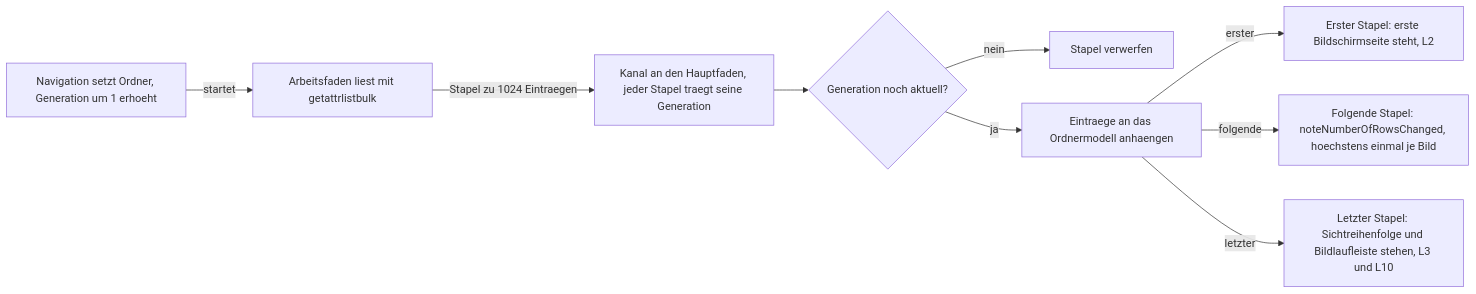
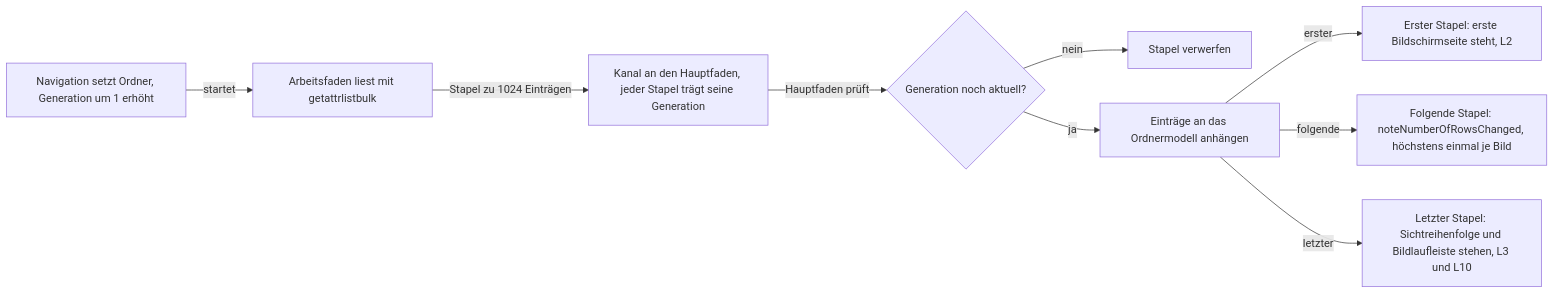
Before and after one commit to tenzoki/krk: the first of 4 diagrams in fusion-workbench/circles/260802-0842-krk-mac-dateimanager-editor-git/planning/260802-1428_o_plan-navigator-geruest-runde-1.md, drawn with Mermaid. The commit also changed other lines of this file and 5 other files, not shown here.

````diff
--- a/fusion-workbench/circles/260802-0842-krk-mac-dateimanager-editor-git/planning/260802-1428_o_plan-navigator-geruest-runde-1.md
+++ b/fusion-workbench/circles/260802-0842-krk-mac-dateimanager-editor-git/planning/260802-1428_o_plan-navigator-geruest-runde-1.md
@@ -77,21 +78,21 @@
 ```mermaid
 flowchart LR
-  NAV["Navigation setzt Ordner, Generation um 1 erhoeht"]
+  NAV["Navigation setzt Ordner, Generation um 1 erhöht"]
   W["Arbeitsfaden liest mit getattrlistbulk"]
-  Q["Kanal an den Hauptfaden, jeder Stapel traegt seine Generation"]
+  Q["Kanal an den Hauptfaden, jeder Stapel trägt seine Generation"]
   GATE{"Generation noch aktuell?"}
   DROP["Stapel verwerfen"]
-  APPEND["Eintraege an das Ordnermodell anhaengen"]
+  APPEND["Einträge an das Ordnermodell anhängen"]
   FIRST["Erster Stapel: erste Bildschirmseite steht, L2"]
-  MORE["Folgende Stapel: noteNumberOfRowsChanged, hoechstens einmal je Bild"]
+  MORE["Folgende Stapel: noteNumberOfRowsChanged, höchstens einmal je Bild"]
   SORT["Letzter Stapel: Sichtreihenfolge und Bildlaufleiste stehen, L3 und L10"]
 
   NAV -->|startet| W
-  W -->|Stapel zu 1024 Eintraegen| Q
-  Q --> GATE
+  W -->|Stapel zu 1024 Einträgen| Q
+  Q -->|Hauptfaden prüft| GATE
   GATE -->|nein| DROP
   GATE -->|ja| APPEND
   APPEND -->|erster| FIRST
   APPEND -->|folgende| MORE
   APPEND -->|letzter| SORT
 ```
````
